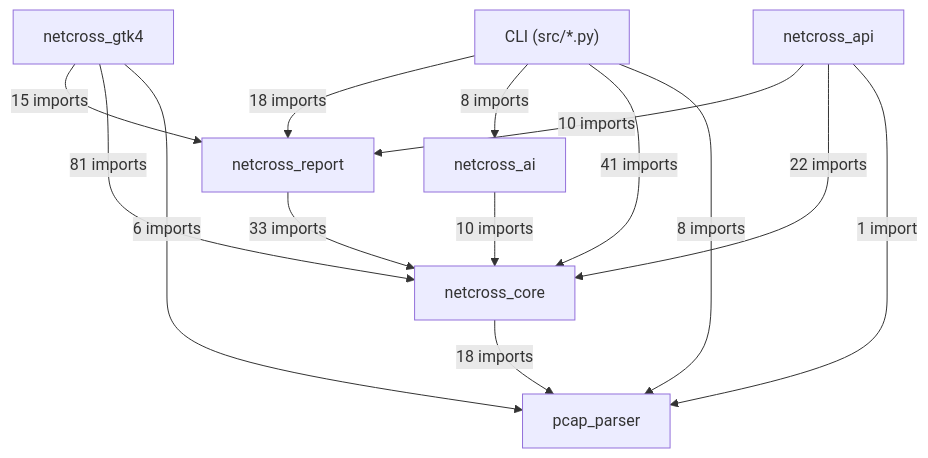
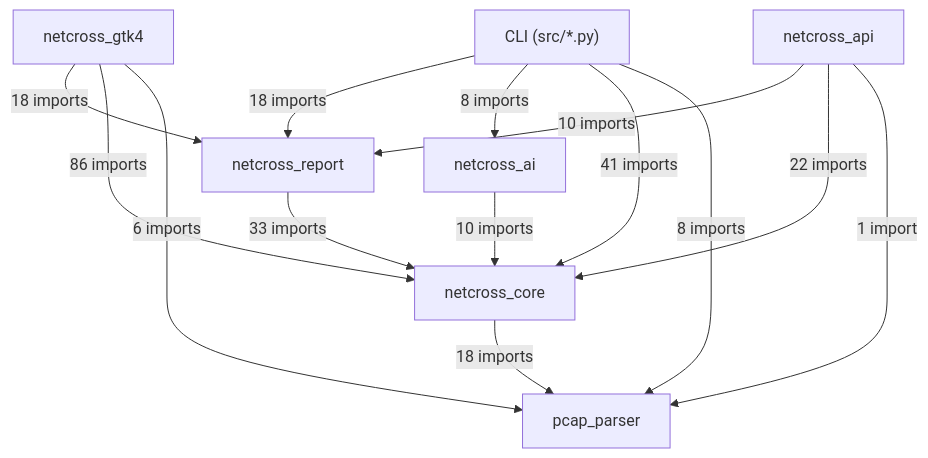
The first of 19 diagrams in docs/class-diagram.md (Mathide-Team/Netcross), drawn with Mermaid before and after one commit. The commit also changed other lines of this file and 14 other files, not shown here.

````diff
--- a/docs/class-diagram.md
+++ b/docs/class-diagram.md
@@ -26,23 +26,23 @@
 ```mermaid
 flowchart TD
     CLI["CLI (src/*.py)"]
     netcross_gtk4["netcross_gtk4"]
     netcross_api["netcross_api"]
     netcross_report["netcross_report"]
     netcross_ai["netcross_ai"]
     netcross_core["netcross_core"]
     pcap_parser["pcap_parser"]
     CLI -->|"18 imports"| netcross_report
     CLI -->|"8 imports"| netcross_ai
     CLI -->|"41 imports"| netcross_core
     CLI -->|"8 imports"| pcap_parser
-    netcross_gtk4 -->|"15 imports"| netcross_report
-    netcross_gtk4 -->|"81 imports"| netcross_core
+    netcross_gtk4 -->|"18 imports"| netcross_report
+    netcross_gtk4 -->|"86 imports"| netcross_core
     netcross_gtk4 -->|"6 imports"| pcap_parser
     netcross_api -->|"10 imports"| netcross_report
     netcross_api -->|"22 imports"| netcross_core
     netcross_api -->|"1 import"| pcap_parser
     netcross_report -->|"33 imports"| netcross_core
     netcross_ai -->|"10 imports"| netcross_core
     netcross_core -->|"18 imports"| pcap_parser
 ```
````
